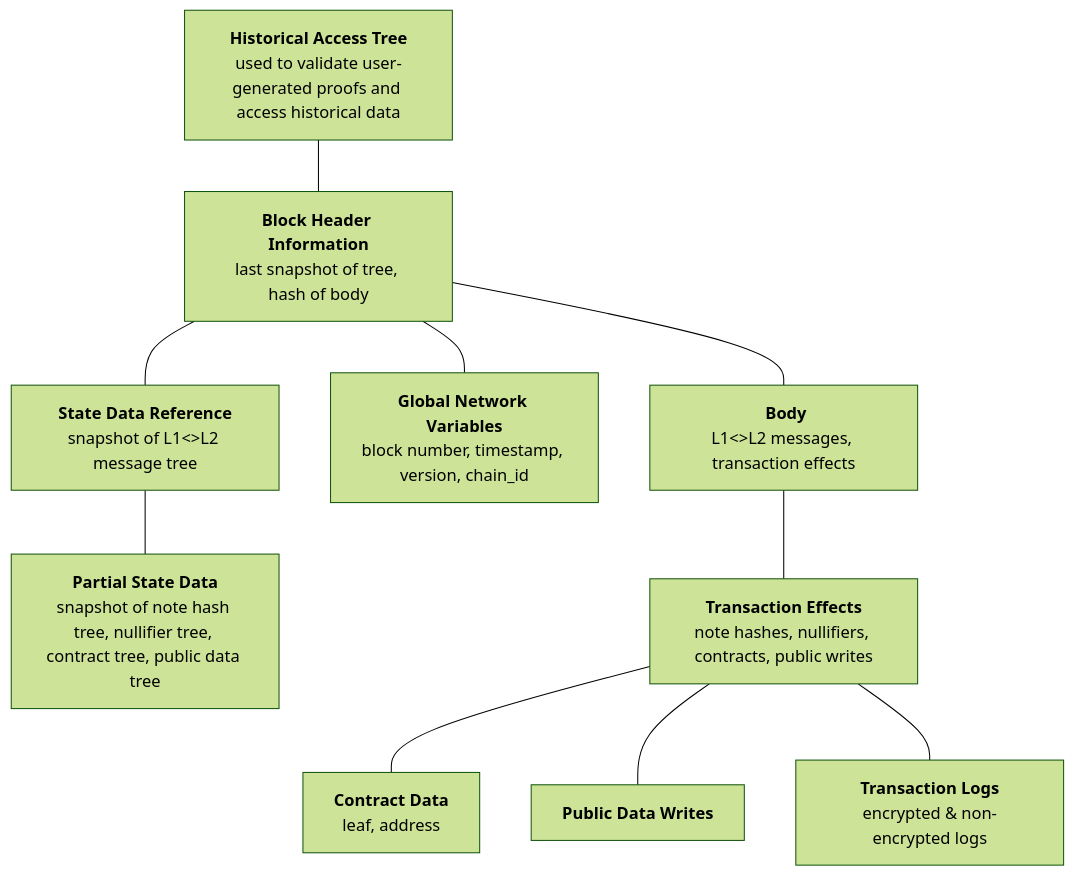
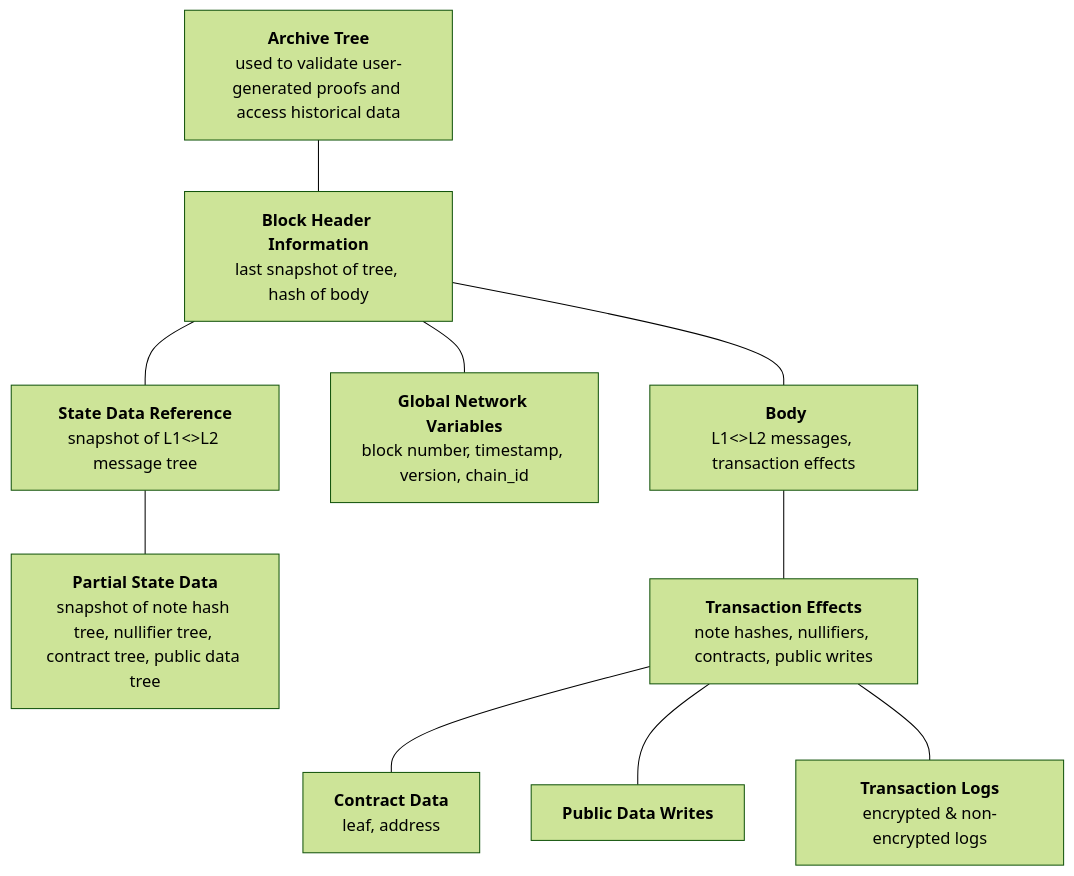
Before and after one commit to AztecProtocol/aztec-packages: the second of 2 diagrams in docs/docs/concepts/advanced/data_structures/trees.md, drawn with Mermaid (forest theme). The commit also changed other lines of this file and 4 other files, not shown here.

````diff
--- a/docs/docs/concepts/advanced/data_structures/trees.md
+++ b/docs/docs/concepts/advanced/data_structures/trees.md
@@ -188,25 +188,25 @@
 ```mermaid
 graph TD;
 
 PartialStateReference[<b>Partial State Data</b><br>snapshot of note hash tree, nullifier tree, contract tree, public data tree]
 StateReference[<b>State Data Reference</b><br>snapshot of L1<>L2 message tree]
 GlobalVariables[<b>Global Network Variables</b><br>block number, timestamp, version, chain_id]
 Header[<b>Block Header Information</b><br>last snapshot of tree, hash of body]
 Logs[<b>Transaction Logs</b><br>encrypted & non-encrypted logs]
 PublicDataWrite[<b>Public Data Writes</b><br>]
 ContractData[<b>Contract Data</b><br>leaf, address]
 TxEffect[<b>Transaction Effects</b><br>note hashes, nullifiers, contracts, public writes]
 Body[<b> Body</b><br>L1<>L2 messages, transaction effects]
-HistoricalAccessTree[<b>Historical Access Tree</b><br>used to validate user-generated proofs and access historical data]
+HistoricalAccessTree[<b>Archive Tree</b><br>used to validate user-generated proofs and access historical data]
 
 StateReference --- PartialStateReference
 Header --- Body
 Header --- StateReference
 Header --- GlobalVariables
 TxEffect --- ContractData
 TxEffect --- PublicDataWrite
 TxEffect --- Logs
 Body --- TxEffect
 HistoricalAccessTree --- Header
 
 ```
````
